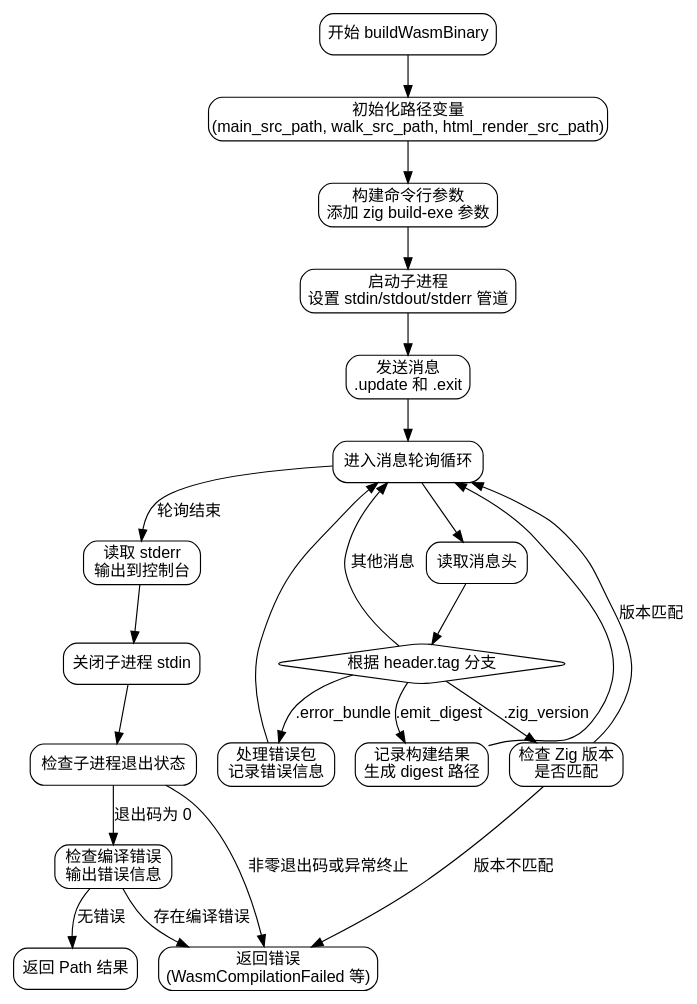
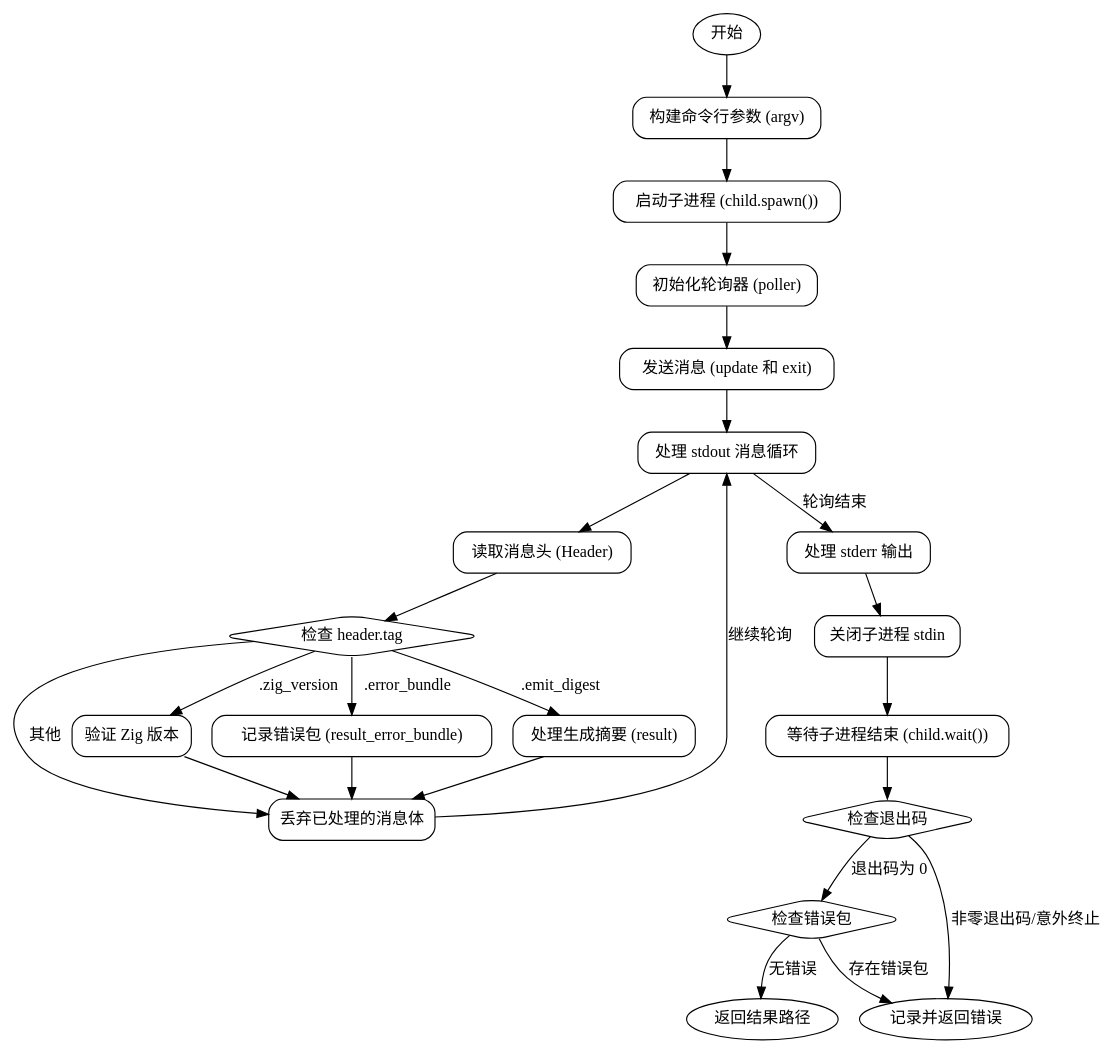
Before and after one commit to sdzx-1/deepseek-zig-reader: the diagram in dot_std/Build/Fuzz/WebServer.zig.buildWasmBinary.md, drawn with Graphviz. The commit also changed other lines of this file and 236 other files, not shown here.

````diff
--- a/dot_std/Build/Fuzz/WebServer.zig.buildWasmBinary.md
+++ b/dot_std/Build/Fuzz/WebServer.zig.buildWasmBinary.md
@@ -36,53 +32,55 @@
 ```dot
-digraph flowchart {
-    node [shape=rectangle, style="rounded", fontname="Arial"];
-    edge [fontname="Arial"];
+digraph buildWasmBinary {
+    node [shape=rectangle, style=rounded];
 
-    start [label="开始 buildWasmBinary"];
-    init_paths [label="初始化路径变量\n(main_src_path, walk_src_path, html_render_src_path)"];
-    build_argv [label="构建命令行参数\n添加 zig build-exe 参数"];
-    spawn_child [label="启动子进程\n设置 stdin/stdout/stderr 管道"];
-    send_messages [label="发送消息\n.update 和 .exit"];
-    poll_loop [label="进入消息轮询循环"];
-    read_header [label="读取消息头"];
-    switch_header [label="根据 header.tag 分支" shape=diamond];
-    handle_zig_version [label="检查 Zig 版本\n是否匹配"];
-    handle_error_bundle [label="处理错误包\n记录错误信息"];
-    handle_emit_digest [label="记录构建结果\n生成 digest 路径"];
-    check_stderr [label="读取 stderr\n输出到控制台"];
+    start [label="开始", shape=ellipse];
+    build_argv [label="构建命令行参数 (argv)"];
+    spawn_child [label="启动子进程 (child.spawn())"];
+    init_poller [label="初始化轮询器 (poller)"];
+    send_messages [label="发送消息 (update 和 exit)"];
+    process_stdout [label="处理 stdout 消息循环"];
+    read_header [label="读取消息头 (Header)"];
+    check_tag [label="检查 header.tag", shape=diamond];
+    handle_zig_version [label="验证 Zig 版本"];
+    handle_error_bundle [label="记录错误包 (result_error_bundle)"];
+    handle_emit_digest [label="处理生成摘要 (result)"];
+    discard_body [label="丢弃已处理的消息体"];
+    process_stderr [label="处理 stderr 输出"];
     close_stdin [label="关闭子进程 stdin"];
-    check_exit_status [label="检查子进程退出状态"];
-    check_errors [label="检查编译错误\n输出错误信息"];
-    return_result [label="返回 Path 结果"];
-    error_exit [label="返回错误\n(WasmCompilationFailed 等)"];
+    wait_child [label="等待子进程结束 (child.wait())"];
+    check_exit_code [label="检查退出码", shape=diamond];
+    check_errors [label="检查错误包", shape=diamond];
+    return_result [label="返回结果路径", shape=ellipse];
+    handle_errors [label="记录并返回错误", shape=ellipse];
 
-    start -> init_paths;
-    init_paths -> build_argv;
+    start -> build_argv;
     build_argv -> spawn_child;
-    spawn_child -> send_messages;
-    send_messages -> poll_loop;
+    spawn_child -> init_poller;
+    init_poller -> send_messages;
+    send_messages -> process_stdout;
 
-    poll_loop -> read_header;
-    read_header -> switch_header;
+    process_stdout -> read_header;
+    read_header -> check_tag;
 
-    switch_header -> handle_zig_version [label=".zig_version"];
-    switch_header -> handle_error_bundle [label=".error_bundle"];
-    switch_header -> handle_emit_digest [label=".emit_digest"];
-    switch_header -> poll_loop [label="其他消息"];
+    check_tag -> handle_zig_version [label=".zig_version"];
+    check_tag -> handle_error_bundle [label=".error_bundle"];
+    check_tag -> handle_emit_digest [label=".emit_digest"];
+    check_tag -> discard_body [label="其他"];
 
-    handle_zig_version -> poll_loop [label="版本匹配"];
-    handle_zig_version -> error_exit [label="版本不匹配"];
-    handle_error_bundle -> poll_loop;
-    handle_emit_digest -> poll_loop;
+    handle_zig_version -> discard_body;
+    handle_error_bundle -> discard_body;
+    handle_emit_digest -> discard_body;
+    discard_body -> process_stdout [label="继续轮询"];
 
-    poll_loop -> check_stderr [label="轮询结束"];
-    check_stderr -> close_stdin;
-    close_stdin -> check_exit_status;
+    process_stdout -> process_stderr [label="轮询结束"];
+    process_stderr -> close_stdin;
+    close_stdin -> wait_child;
 
-    check_exit_status -> check_errors [label="退出码为 0"];
-    check_exit_status -> error_exit [label="非零退出码或异常终止"];
-    
+    wait_child -> check_exit_code;
+    check_exit_code -> check_errors [label="退出码为 0"];
+    check_exit_code -> handle_errors [label="非零退出码/意外终止"];
+
     check_errors -> return_result [label="无错误"];
-    check_errors -> error_exit [label="存在编译错误"];
+    check_errors -> handle_errors [label="存在错误包"];
 }
 ```
````
